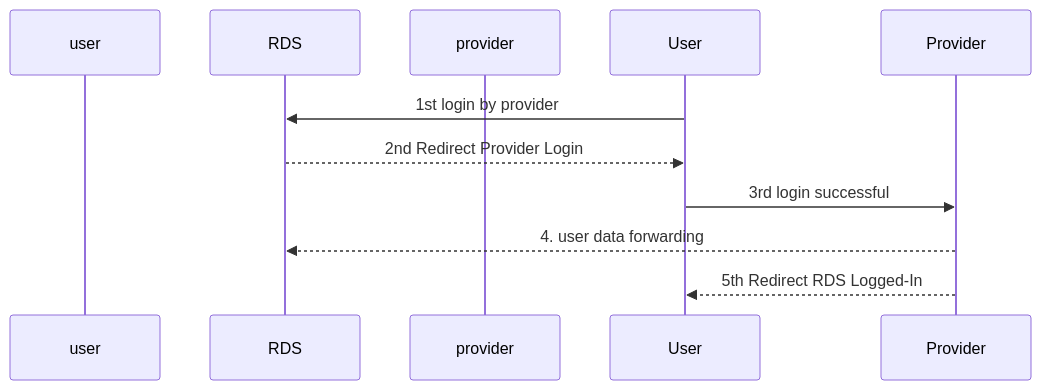
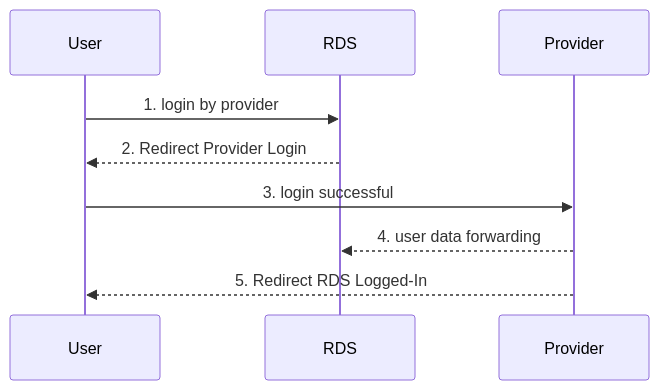
The first of 2 diagrams in docs/content/doc/impl/central/token-storage.md (Sciebo-RDS/Sciebo-RDS), drawn with Mermaid before and after one commit.

````diff
--- a/docs/content/doc/impl/central/token-storage.md
+++ b/docs/content/doc/impl/central/token-storage.md
@@ -21,12 +21,12 @@
 ```mermaid
 sequenceDiagram
-  participant user
+  participant User
   participant RDS
-  participant provider
+  participant Provider
 
-  User ->> RDS: 1st login by provider
-  RDS -->> User: 2nd Redirect Provider Login
-  User ->> Provider: 3rd login successful
+  User ->> RDS: 1. login by provider
+  RDS -->> User: 2. Redirect Provider Login
+  User ->> Provider: 3. login successful
   Provider -->> RDS: 4. user data forwarding
-  Provider -->> User: 5th Redirect RDS Logged-In
+  Provider -->> User: 5. Redirect RDS Logged-In
 ```
````
